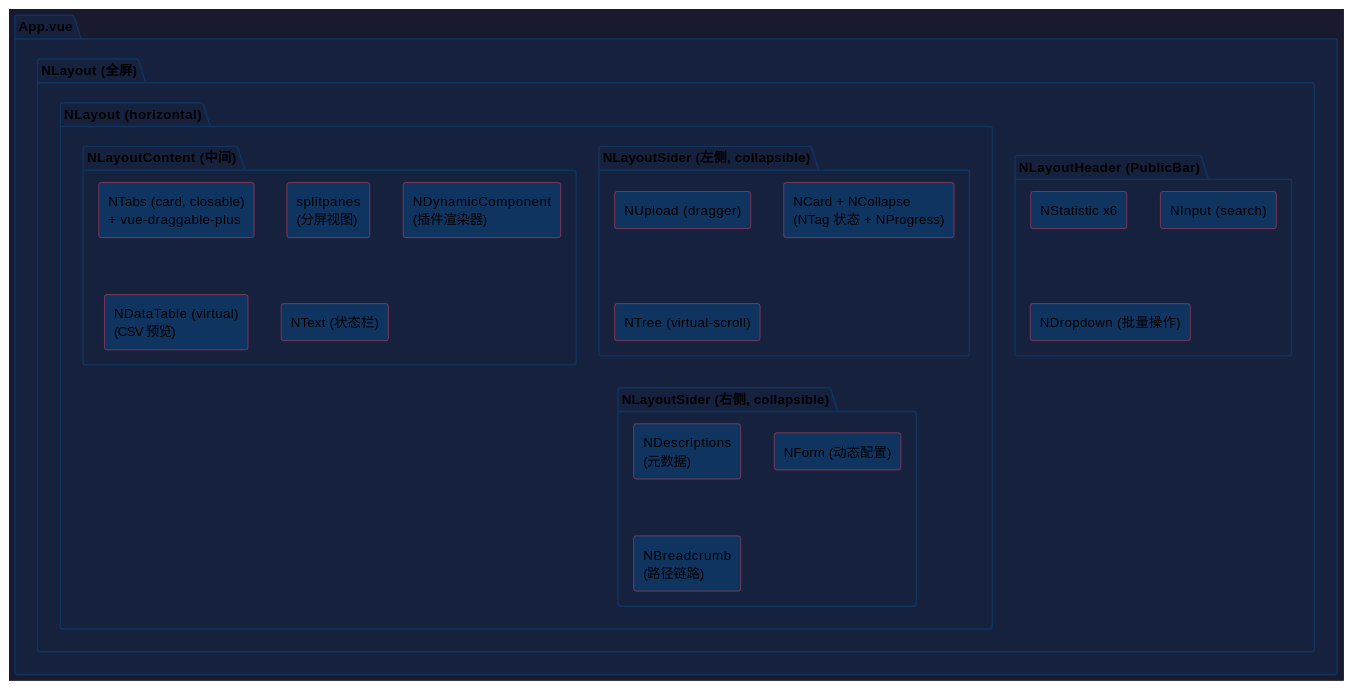
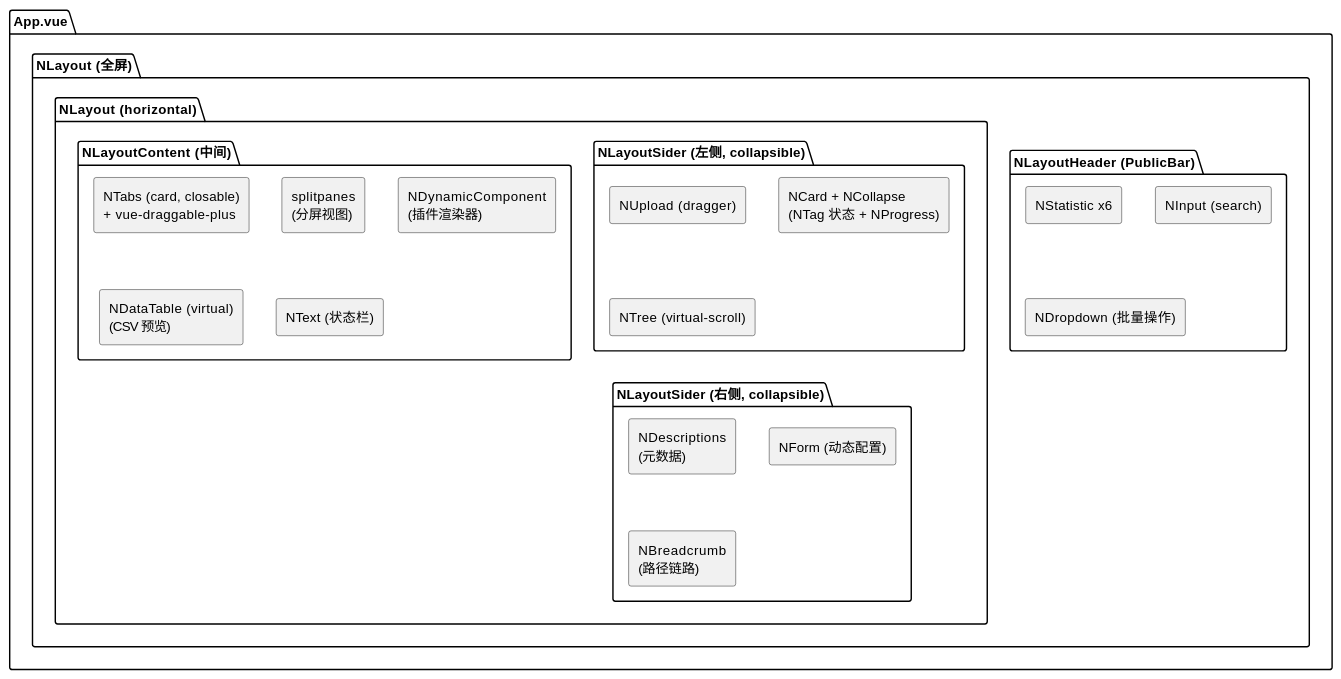
One commit to taoweidong/Hello-Tauri changed the second of 20 diagrams in docs/superpowers/specs/2026-06-26-system-architecture-design.md. Above: the diagram before and after it, drawn with PlantUML. The commit also changed other lines of this file and 1 other file, not shown here.

Commit message:
docs: add README, remove PlantUML dark theme styles

````diff
--- a/docs/superpowers/specs/2026-06-26-system-architecture-design.md
+++ b/docs/superpowers/specs/2026-06-26-system-architecture-design.md
@@ -129,43 +122,36 @@
 ```plantuml
 @startuml
-skinparam backgroundColor #1a1a2e
-skinparam defaultTextColor #e0e0e0
-skinparam rectangleBackgroundColor #0f3460
-skinparam rectangleBorderColor #e94560
-skinparam arrowColor #e94560
-skinparam packageBackgroundColor #16213e
-skinparam packageBorderColor #0f3460
 
 package "App.vue" {
   package "NLayout (全屏)" {
     package "NLayoutHeader (PublicBar)" {
       rectangle "NStatistic x6" as stat
       rectangle "NInput (search)" as search
       rectangle "NDropdown (批量操作)" as batch
     }
 
     package "NLayout (horizontal)" {
       package "NLayoutSider (左侧, collapsible)" {
         rectangle "NUpload (dragger)" as upload
         rectangle "NCard + NCollapse\n(NTag 状态 + NProgress)" as cards
         rectangle "NTree (virtual-scroll)" as tree
       }
 
       package "NLayoutContent (中间)" {
         rectangle "NTabs (card, closable)\n+ vue-draggable-plus" as tabs
         rectangle "splitpanes\n(分屏视图)" as split
         rectangle "NDynamicComponent\n(插件渲染器)" as dyn
         rectangle "NDataTable (virtual)\n(CSV 预览)" as table
         rectangle "NText (状态栏)" as statusbar
       }
 
       package "NLayoutSider (右侧, collapsible)" {
         rectangle "NDescriptions\n(元数据)" as desc
         rectangle "NForm (动态配置)" as form
         rectangle "NBreadcrumb\n(路径链路)" as bread
       }
     }
   }
 }
 @enduml
 ```
````
